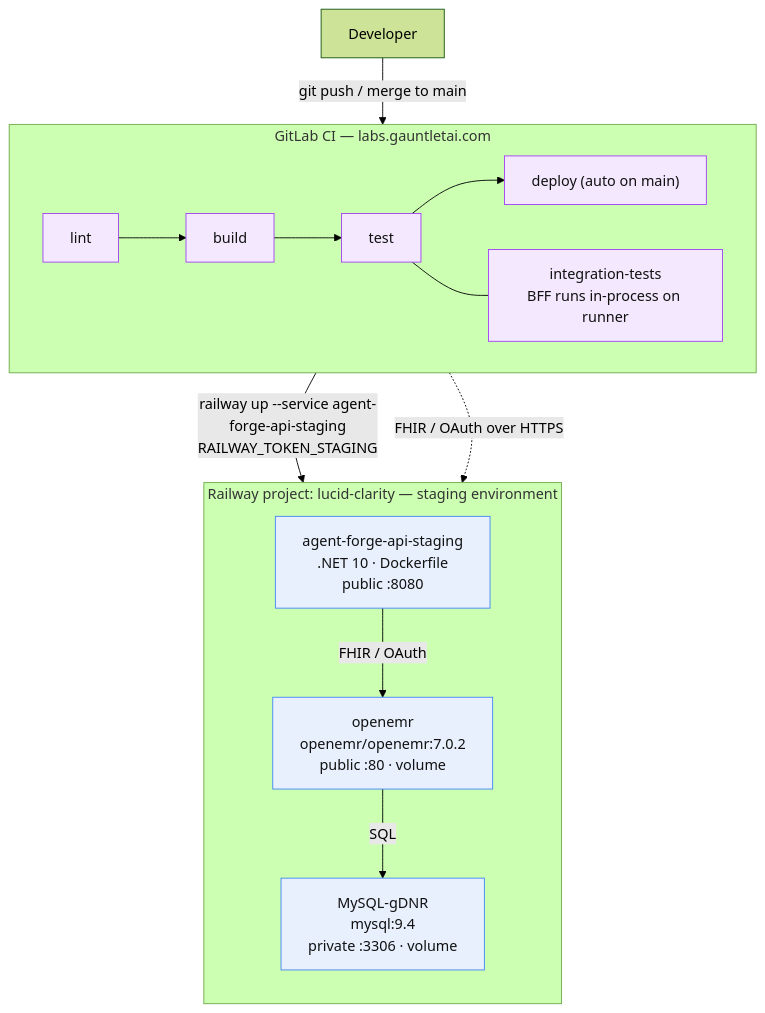
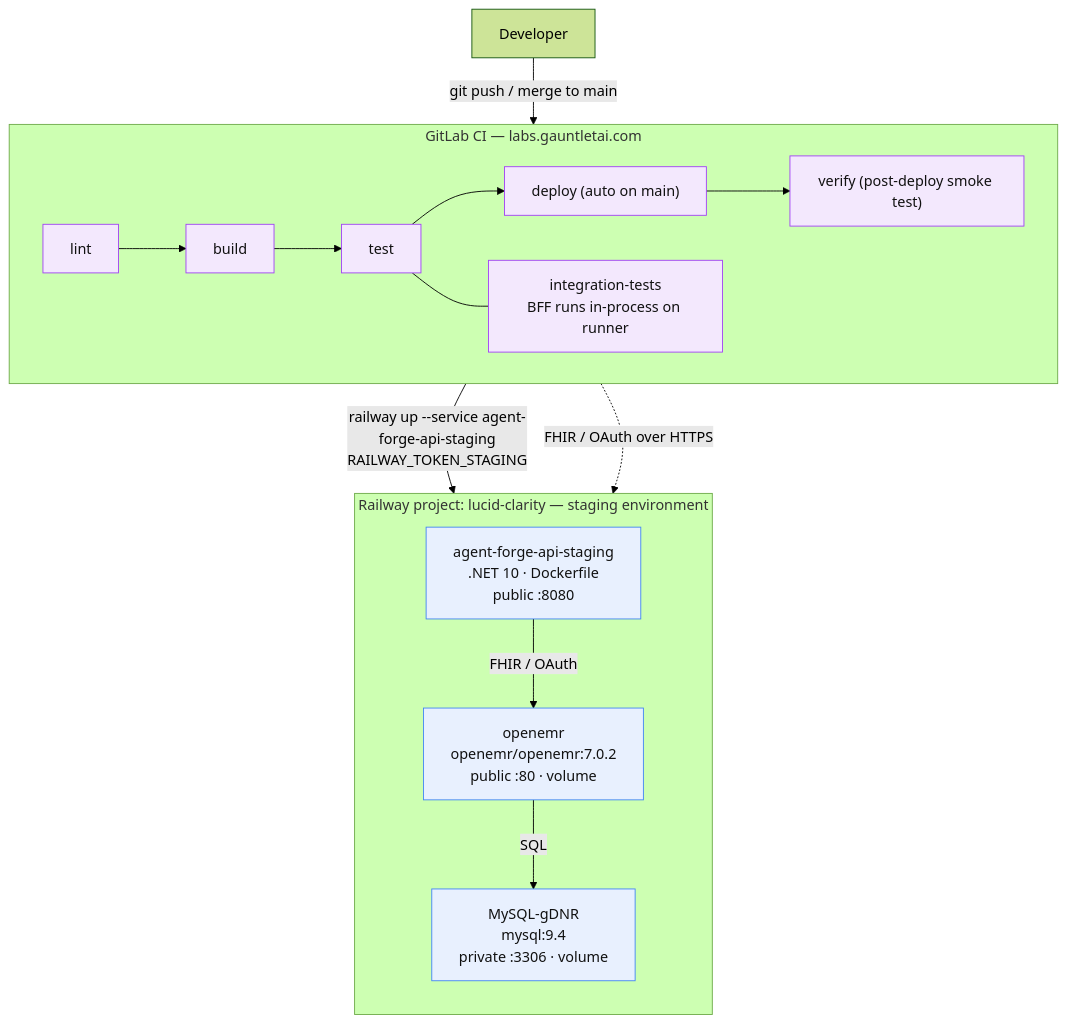
Before and after one commit to adammarquette/agent-forge-copilot: the diagram in documentation/RAILWAY.md, drawn with Mermaid (forest theme). The commit also changed other lines of this file, not shown here.

Commit message:
docs(railway): add verify stage to pipeline prose and diagram

````diff
--- a/documentation/RAILWAY.md
+++ b/documentation/RAILWAY.md
@@ -30,29 +30,29 @@
 ```mermaid
 flowchart TB
     dev["Developer"]
 
     subgraph GL["GitLab CI &mdash; labs.gauntletai.com"]
         direction LR
-        lint["lint"] --> build["build"] --> test["test"] --> deploy["deploy (auto on main)"]
+        lint["lint"] --> build["build"] --> test["test"] --> deploy["deploy (auto on main)"] --> verify["verify (post-deploy smoke test)"]
         itest["integration-tests<br/>BFF runs in-process on runner"]
         test --- itest
     end
 
     subgraph RW["Railway project: lucid-clarity &mdash; staging environment"]
         direction TB
         api["agent-forge-api-staging<br/>.NET 10 · Dockerfile<br/>public :8080"]
         oe["openemr<br/>openemr/openemr:7.0.2<br/>public :80 · volume"]
         db["MySQL-gDNR<br/>mysql:9.4<br/>private :3306 · volume"]
         api -->|FHIR / OAuth| oe
         oe -->|SQL| db
     end
 
     dev -->|git push / merge to main| lint
     deploy -->|"railway up --service agent-forge-api-staging<br/>RAILWAY_TOKEN_STAGING"| api
     itest -.->|FHIR / OAuth over HTTPS| oe
 
     classDef svc fill:#e8f0fe,stroke:#4285f4,color:#111;
     classDef ci fill:#f3e8fd,stroke:#a142f4,color:#111;
     class api,oe,db svc;
-    class lint,build,test,deploy,itest ci;
+    class lint,build,test,deploy,verify,itest ci;
 ```
````
